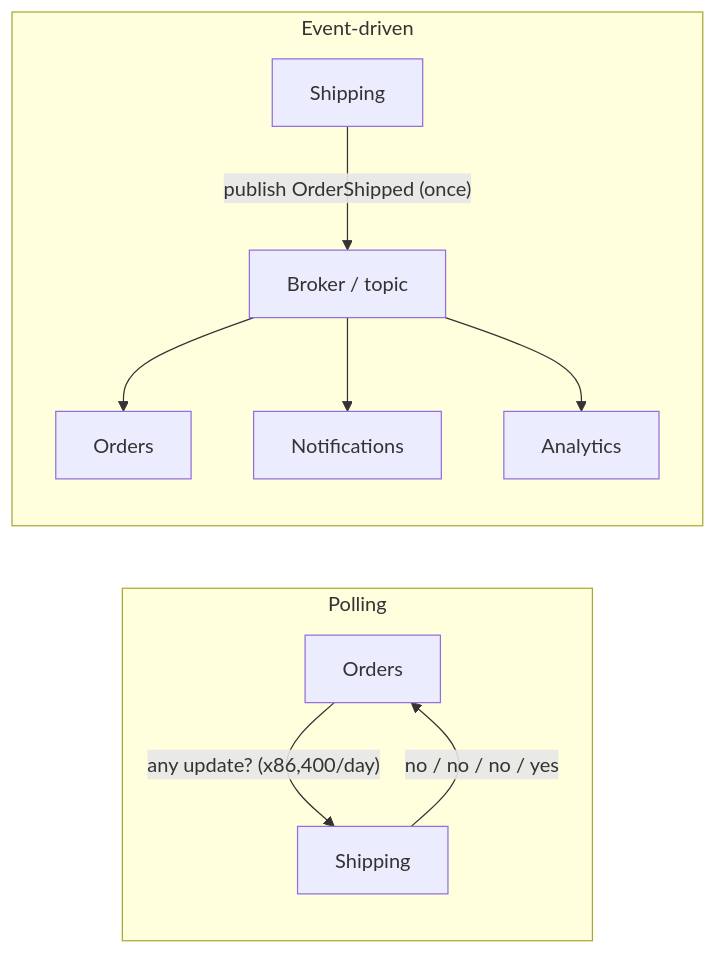
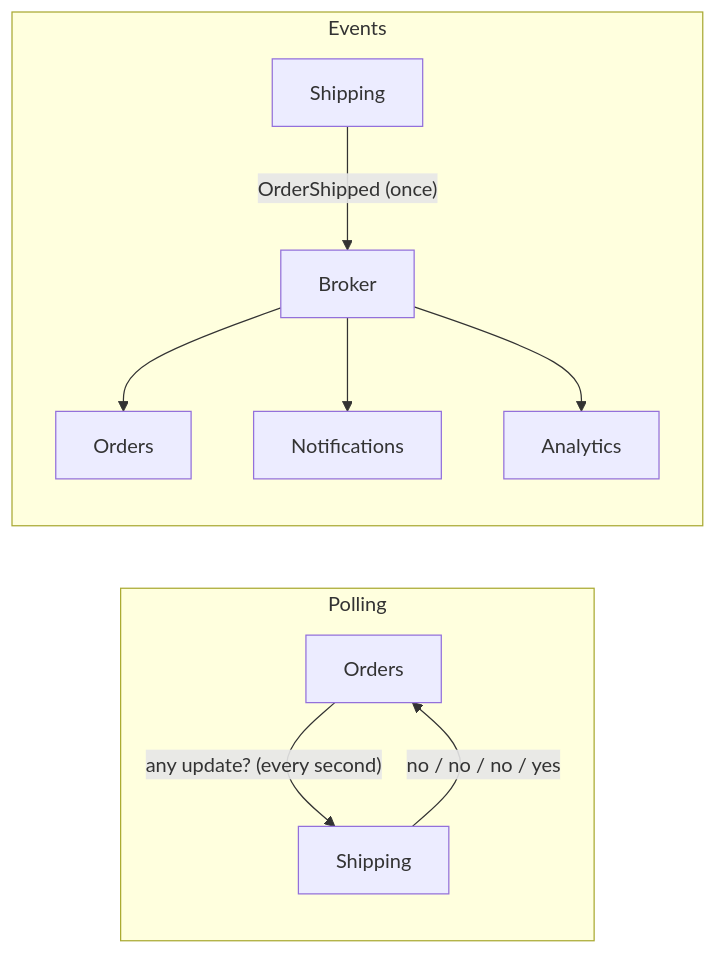
Before and after one commit to francoandreDev/knowledge: the first of 2 diagrams in src/content/architecture/event-driven-architecture/L1-summary.mdx, drawn with Mermaid. The commit also changed other lines of this file and 17 other files, not shown here.

Commit message:
Migrate architecture batch 2 (hexagonal-clean-architecture, event-driven-architecture, build-vs-buy, adr-governance) to the three-tier exercise model

````diff
--- a/src/content/architecture/event-driven-architecture/L1-summary.mdx
+++ b/src/content/architecture/event-driven-architecture/L1-summary.mdx
@@ -118,13 +61,13 @@
 ```mermaid
 flowchart LR
     subgraph Polling
-        C1["Orders"] -- "any update? (x86,400/day)" --> S1["Shipping"]
+        C1["Orders"] -- "any update? (every second)" --> S1["Shipping"]
         S1 -- "no / no / no / yes" --> C1
     end
-    subgraph "Event-driven"
-        S2["Shipping"] -- "publish OrderShipped (once)" --> B["Broker / topic"]
+    subgraph Events
+        S2["Shipping"] -- "OrderShipped (once)" --> B["Broker"]
         B --> C2["Orders"]
         B --> C3["Notifications"]
         B --> C4["Analytics"]
     end
 ```
````
